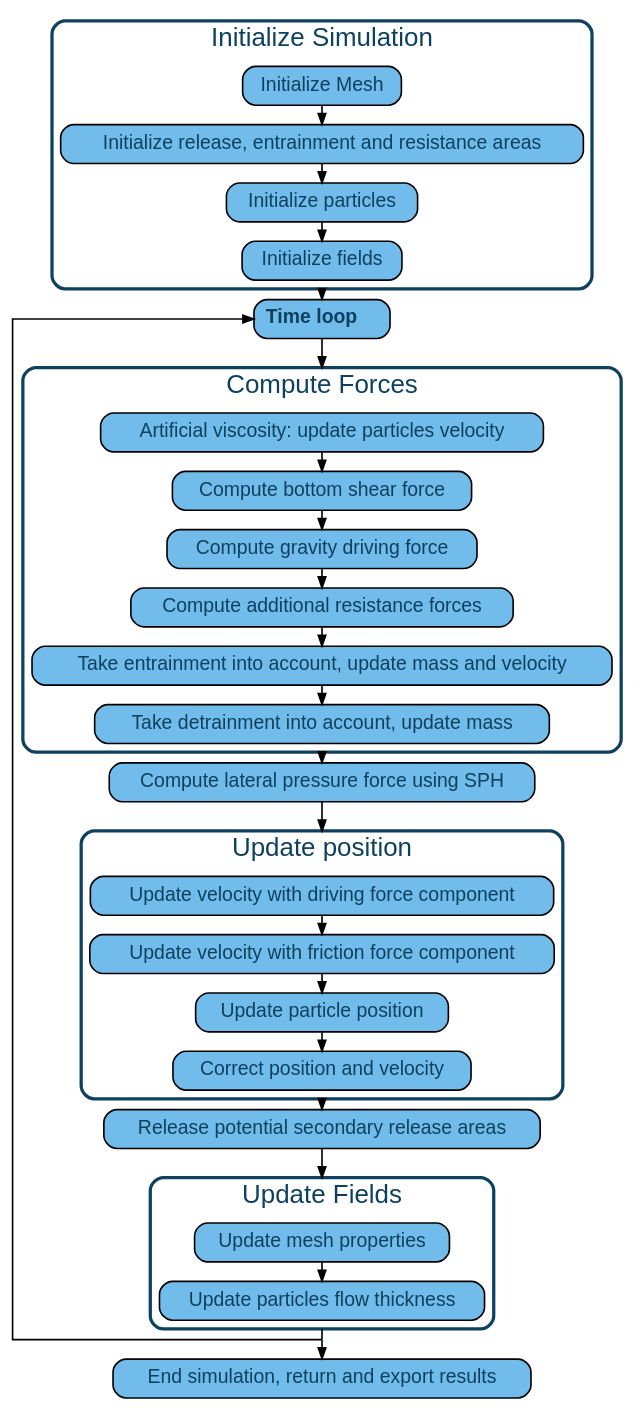
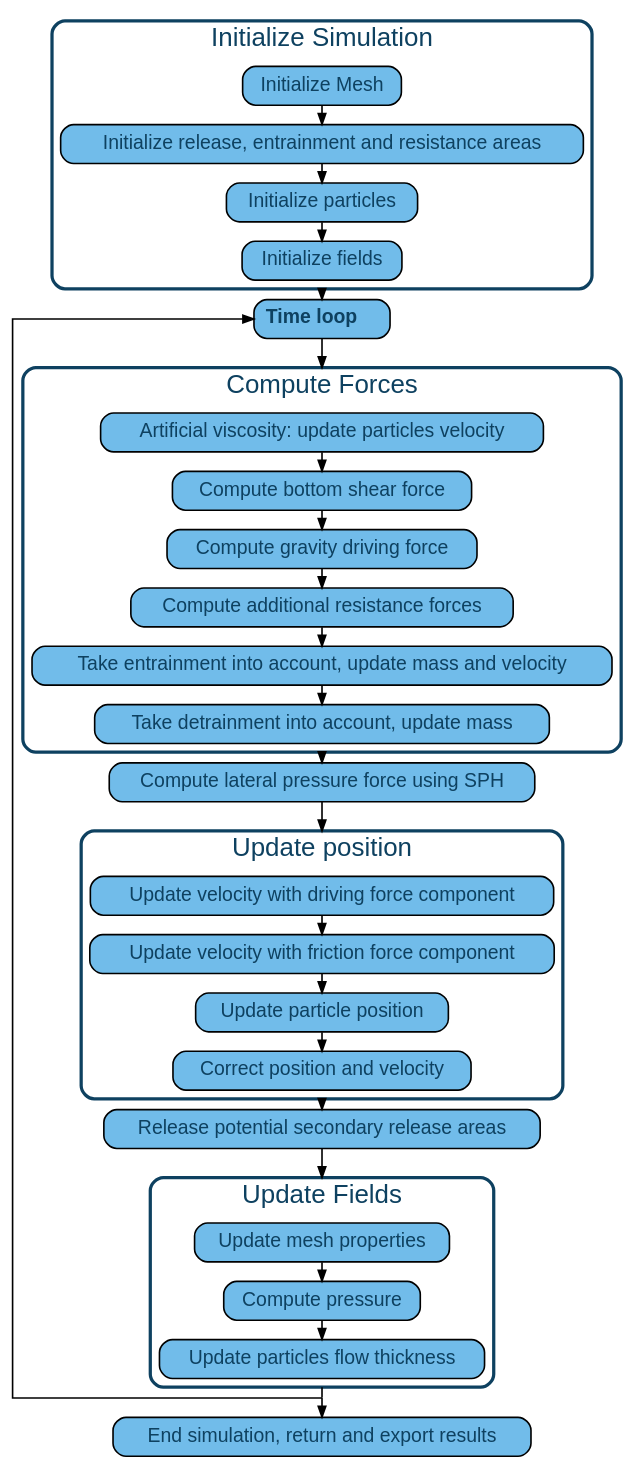
Before and after one commit to avaframe/AvaFrame: the diagram in docs/com1DFAAlgorithmGraph.dot, drawn with Graphviz. The commit also changed 5 other files, not shown here.

```diff
--- a/docs/com1DFAAlgorithmGraph.dot
+++ b/docs/com1DFAAlgorithmGraph.dot
@@ -1,146 +1,150 @@
 
 digraph "com1DFA algorithm graph" {
   /* compound=true; */
   newrank=true;
   size="100,100";
   rankdir="TB";
   graph [compound=true, ranksep=0.25, splines=ortho, fontname="helvetica", fontsize="24" fontcolor="#0E4160"];
   /* subgraph [compound=true, ranksep=0.5, splines=ortho, fontname="helvetica", fontsize="32" fontcolor="#0E4160"]; */
   node [shape=box style="rounded,filled" fontsize=18 fontcolor="#0E4160" fontname="helvetica" fillcolor="#51ADE5cf" penwidth=1.5];
   edge [fontname="helvetica", fontsize="14" penwidth=1.5];
 
   prepareMesh [label="Initialize Mesh", href="../com1DFAAlgorithm.html#initialize-mesh" tooltip="Go to: initialize mesh" target="_top"];
 
   prepareAreas [label= "Initialize release, entrainment and resistance areas",
   href="../com1DFAAlgorithm.html#initialize-release-entrainment-and-resistance-areas" tooltip="Go to: release... initialization" target="_top"];
 
   initializeParticles [label="Initialize particles", href="../com1DFAAlgorithm.html#initialize-particles" tooltip="Go to: particle initialization" target="_top"];
 
   initializeFields [label="Initialize fields", href="../com1DFAAlgorithm.html#initialize-fields" tooltip="Go to: Initialize fields" target="_top"];
 
   timeLoop [label=<
     <table border="0" cellborder="0" cellspacing="1">
      <tr><td align="left"><b>Time loop </b></td></tr>
     </table>>, href="../com1DFAAlgorithm.html#time-scheme-and-iterations" tooltip="Go to: Time scheme" target="_top"];
 
   endTimeLoop [width=0 shape=point label=""];
   intermediate0 [width=0 shape=point label=""];
   intermediate1 [width=0 shape=point label=""];
   intermediate2 [width=0 shape=point label=""];
 
 
   artifViscosity [label="Artificial viscosity: update particles velocity",
   href="../com1DFAAlgorithm.html#artificial-viscosity" tooltip="Go to: Artificial viscosity" target="_top"];
 
   computeFrictForce [label="Compute bottom shear force",
   href="../com1DFAAlgorithm.html#bottom-shear-force" tooltip="Go to: Bottom shear force" target="_top"];
 
   computeGravityForce [label="Compute gravity driving force",
   href="../com1DFAAlgorithm.html#compute-driving-force" tooltip="Go to: Gravity force" target="_top"];
 
   computeResForce [label="Compute additional resistance forces",
   href="../com1DFAAlgorithm.html#added-resistance-force" tooltip="Go to: Additional resistance" target="_top"];
 
   updateMassEntr [label="Take entrainment into account, update mass and velocity",
   href="../com1DFAAlgorithm.html#take-entrainment-into-account" tooltip="Go to: Add entrained mass" target="_top"];
 
   updateMassDetr [label="Take detrainment into account, update mass",
   href="../com1DFAAlgorithm.html#take-detrainment-into-account" tooltip="Go to: Add detrained mass" target="_top"];
 
   computeSPHForce [label="Compute lateral pressure force using SPH",
   href="../com1DFAAlgorithm.html#compute-lateral-pressure-forces" title="Go to: Add lateral pressure force" target="_top"];
 
   updateVelocityDrive [label="Update velocity with driving force component",
   href="../com1DFAAlgorithm.html#update-position" tooltip="Go to: Update Position" target="_top"];
 
   updateVelocityFrict [label="Update velocity with friction force component",
   href="../com1DFAAlgorithm.html#update-position" tooltip="Go to: Update Position" target="_top"];
 
   updatePartPos [label="Update particle position",
   href="../com1DFAAlgorithm.html#update-position" tooltip="Go to: Update Position" target="_top"];
 
   correctPartPos [label="Correct position and velocity",
   href="../com1DFAAlgorithm.html#correction-step" tooltip="Go to: Update Position" target="_top"];
 
   addSecRelease [label="Release potential secondary release areas",
   href="../com1DFAAlgorithm.html#add-secondary-release-area" tooltip="Go to: Secondary release" target="_top"];
 
   updateFields [label="Update mesh properties",
   href="../com1DFAAlgorithm.html#update-fields" tooltip="Go to: Update fields" target="_top"];
 
+  computePressure [label="Compute pressure",
+  href="../com1DFAAlgorithm.html#update-fields" tooltip="Go to: Compute Pressure" target="_top"];
+
   updateParticlesFlowThickness [label="Update particles flow thickness",
   href="../com1DFAAlgorithm.html#update-fields" tooltip="Go to: Update fields" target="_top"];
 
   endSimulation [label="End simulation, return and export results",
   href="../com1DFAAlgorithm.html#simulation-outputs" tooltip="Go to: Simulation outputs" target="_top"];
 
 
   initializeFields -> timeLoop [weight=10,ltail=cluster_initialization];
   timeLoop -> intermediate0 [weight=10, arrowhead=none];
   intermediate0 -> artifViscosity [weight=10,lhead=cluster_Forces];
   updateMassDetr -> computeSPHForce [weight=10, ltail=cluster_Forces];
   computeSPHForce -> intermediate1 [weight=10, arrowhead=none];
   intermediate1 -> updateVelocityDrive [weight=10,lhead=cluster_2];
   correctPartPos -> addSecRelease [weight=10,ltail=cluster_2];
   addSecRelease -> intermediate2 [weight=10, arrowhead=none];
   intermediate2 -> updateFields [weight=10,lhead=cluster_3];
   updateParticlesFlowThickness -> endTimeLoop [weight=10,ltail=cluster_3, arrowhead=none];
   endTimeLoop -> endSimulation [weight=10];
   endTimeLoop -> timeLoop [weight=1, constraint=false];
 
 
   /* prepareMesh -> timeLoop [weight=10,ltail=cluster_initialization];
   timeLoop -> artifViscosity [weight=10,lhead=cluster_Forces];
   artifViscosity -> computeSPHForce [weight=10, ltail=cluster_Forces];
   computeSPHForce -> updateVelocityDrive [weight=10,lhead=cluster_2];
   updateVelocityDrive -> addSecRelease [weight=10,ltail=cluster_2];
   addSecRelease -> updateFields [weight=10,lhead=cluster_3];
   updateFields -> endTimeLoop [weight=10,ltail=cluster_3, arrowhead=none];
   endTimeLoop -> endSimulation [weight=10];
   endTimeLoop -> timeLoop [weight=1, constraint=false]; */
 
   subgraph cluster_initialization {
     /* rank=same; */
     style="rounded";
     color="#0E4160";
     penwidth=3;
     prepareMesh -> prepareAreas[weight=10];
     prepareAreas -> initializeParticles[weight=10];
     initializeParticles -> initializeFields[weight=10];
     label = "Initialize Simulation";
   }
 
   subgraph cluster_Forces {
     /* rank=same; */
     style="rounded";
     color="#0E4160";
     penwidth=3;
     artifViscosity -> computeFrictForce[weight=10];
     computeFrictForce -> computeGravityForce[weight=10];
     computeGravityForce -> computeResForce[weight=10];
     computeResForce -> updateMassEntr[weight=10];
     updateMassEntr -> updateMassDetr[weight=10];
     label = "Compute Forces";
   }
 
   subgraph cluster_2 {
     /* rank=same; */
     updateVelocityDrive -> updateVelocityFrict [weight=10];
     updateVelocityFrict -> updatePartPos [weight=10];
     updatePartPos -> correctPartPos [weight=10];
     href="../com1DFAAlgorithm.html#update-position" tooltip="Go to: Update Position" target="_top"
     label = "Update position";
     style="rounded";
     color="#0E4160";
     penwidth=3;
   }
   subgraph cluster_3 {
     /* rank=same; */
-    updateFields -> updateParticlesFlowThickness [weight=10];
+    updateFields -> computePressure [weight=10];
+    computePressure -> updateParticlesFlowThickness [weight=10];
     label = "Update Fields";
     style="rounded";
     color="#0E4160";
     penwidth=3;
   }
 
    }
```
